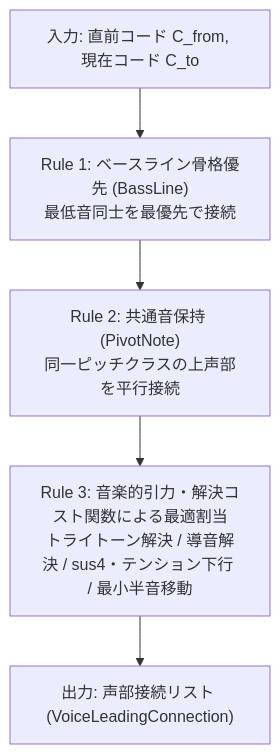
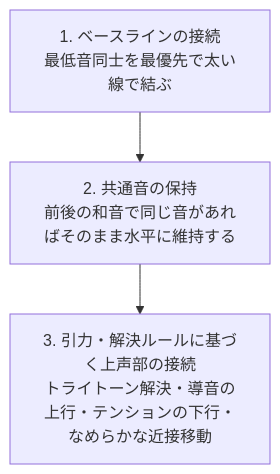
Before and after one commit to yudasita/harmony-visualizer: the diagram in docs/MUSIC_THEORY.md, drawn with Mermaid. The commit also changed other lines of this file and 1 other file, not shown here.

````diff
--- a/docs/MUSIC_THEORY.md
+++ b/docs/MUSIC_THEORY.md
@@ -58,7 +53,5 @@
 ```mermaid
 flowchart TD
-    Input["入力: 直前コード C_from, 現在コード C_to"] --> Rule1["Rule 1: ベースライン骨格優先 (BassLine)<br/>最低音同士を最優先で接続"]
-    Rule1 --> Rule2["Rule 2: 共通音保持 (PivotNote)<br/>同一ピッチクラスの上声部を平行接続"]
-    Rule2 --> Rule3["Rule 3: 音楽的引力・解決コスト関数による最適割当<br/>トライトーン解決 / 導音解決 / sus4・テンション下行 / 最小半音移動"]
-    Rule3 --> Output["出力: 声部接続リスト (VoiceLeadingConnection)"]
+    Step1["1. ベースラインの接続<br/>最低音同士を最優先で太い線で結ぶ"] --> Step2["2. 共通音の保持<br/>前後の和音で同じ音があればそのまま水平に維持する"]
+    Step2 --> Step3["3. 引力・解決ルールに基づく上声部の接続<br/>トライトーン解決・導音の上行・テンションの下行・なめらかな近接移動"]
 ```
````
